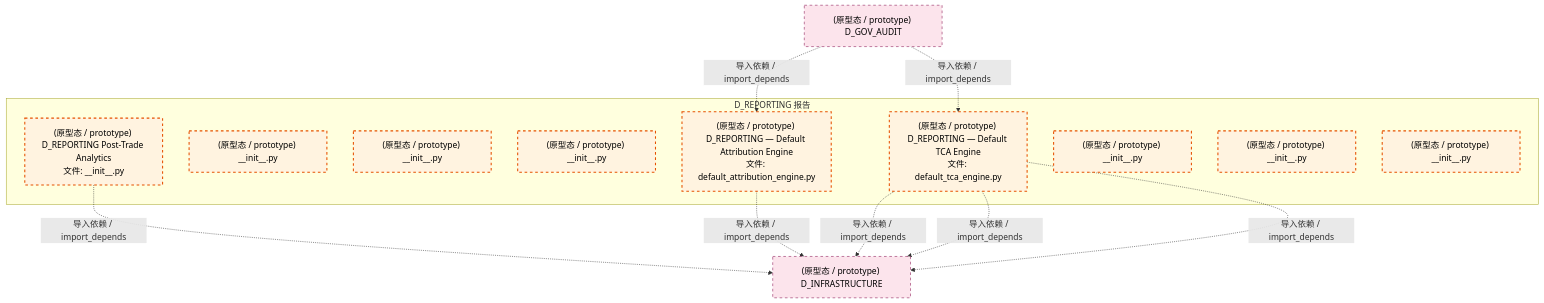
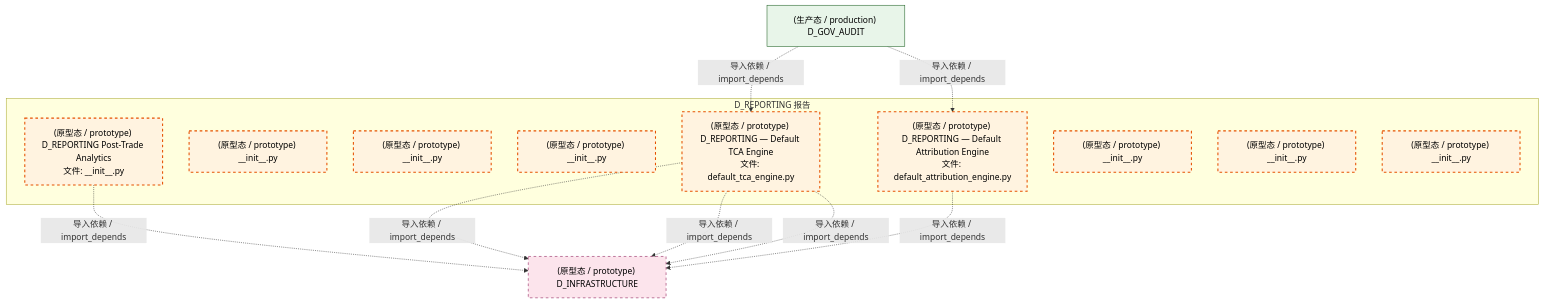
One commit to xuanFelixVan/ZephyrAlpha changed the third of 4 diagrams in docs/02_enterprise_architecture/02_domain_architecture_docs/23_d_reporting.md. Above: the diagram before and after it, drawn with Mermaid. The commit also changed other lines of this file and 126 other files, not shown here.

````diff
--- a/docs/02_enterprise_architecture/02_domain_architecture_docs/23_d_reporting.md
+++ b/docs/02_enterprise_architecture/02_domain_architecture_docs/23_d_reporting.md
@@ -152,29 +153,30 @@
 ```mermaid
 graph TD
     subgraph D_REPORTING["D_REPORTING 报告"]
         src_zephyr_reporting_init_py["(原型态 / prototype) D_REPORTING Post-Trade Analytics<br/>文件: __init__.py"]
         src_zephyr_reporting_extensions_init_py["(原型态 / prototype) __init__.py"]
         src_zephyr_reporting_api_init_py["(原型态 / prototype) __init__.py"]
         src_zephyr_reporting_core_init_py["(原型态 / prototype) __init__.py"]
         src_zephyr_reporting_default_attribution_engine_py["(原型态 / prototype) D_REPORTING — Default Attribution Engine<br/>文件: default_attribution_engine.py"]
         src_zephyr_reporting_default_tca_engine_py["(原型态 / prototype) D_REPORTING — Default TCA Engine<br/>文件: default_tca_engine.py"]
         src_zephyr_reporting_infrastructure_init_py["(原型态 / prototype) __init__.py"]
         src_zephyr_reporting_models_init_py["(原型态 / prototype) __init__.py"]
         src_zephyr_reporting_services_init_py["(原型态 / prototype) __init__.py"]
     end
     D_INFRASTRUCTURE["(原型态 / prototype) D_INFRASTRUCTURE"]
     src_zephyr_reporting_default_tca_engine_py -.->|导入依赖 / import_depends| D_INFRASTRUCTURE
+    src_zephyr_reporting_default_tca_engine_py -.->|导入依赖 / import_depends| D_INFRASTRUCTURE
+    src_zephyr_reporting_init_py -.->|导入依赖 / import_depends| D_INFRASTRUCTURE
     src_zephyr_reporting_default_attribution_engine_py -.->|导入依赖 / import_depends| D_INFRASTRUCTURE
     src_zephyr_reporting_default_tca_engine_py -.->|导入依赖 / import_depends| D_INFRASTRUCTURE
-    src_zephyr_reporting_init_py -.->|导入依赖 / import_depends| D_INFRASTRUCTURE
-    src_zephyr_reporting_default_tca_engine_py -.->|导入依赖 / import_depends| D_INFRASTRUCTURE
-    D_GOV_AUDIT["(原型态 / prototype) D_GOV_AUDIT"]
+    D_GOV_AUDIT["(生产态 / production) D_GOV_AUDIT"]
+    D_GOV_AUDIT -.->|导入依赖 / import_depends| src_zephyr_reporting_default_tca_engine_py
     D_GOV_AUDIT -.->|导入依赖 / import_depends| src_zephyr_reporting_default_attribution_engine_py
-    D_GOV_AUDIT -.->|导入依赖 / import_depends| src_zephyr_reporting_default_tca_engine_py
     classDef production fill:#e1f5fe,stroke:#01579b,stroke-width:2px,color:#000
     classDef design fill:#fff3e0,stroke:#e65100,stroke-width:2px,color:#000,stroke-dasharray: 5 5
     classDef external_prod fill:#e8f5e9,stroke:#1b5e20,stroke-width:1px,color:#000
     classDef external_design fill:#fce4ec,stroke:#880e4f,stroke-width:1px,color:#000,stroke-dasharray: 5 5
     class src_zephyr_reporting_init_py,src_zephyr_reporting_extensions_init_py,src_zephyr_reporting_api_init_py,src_zephyr_reporting_core_init_py,src_zephyr_reporting_default_attribution_engine_py,src_zephyr_reporting_default_tca_engine_py,src_zephyr_reporting_infrastructure_init_py,src_zephyr_reporting_models_init_py,src_zephyr_reporting_services_init_py design
-    class D_INFRASTRUCTURE,D_GOV_AUDIT external_design
+    class D_GOV_AUDIT external_prod
+    class D_INFRASTRUCTURE external_design
 ```
````
